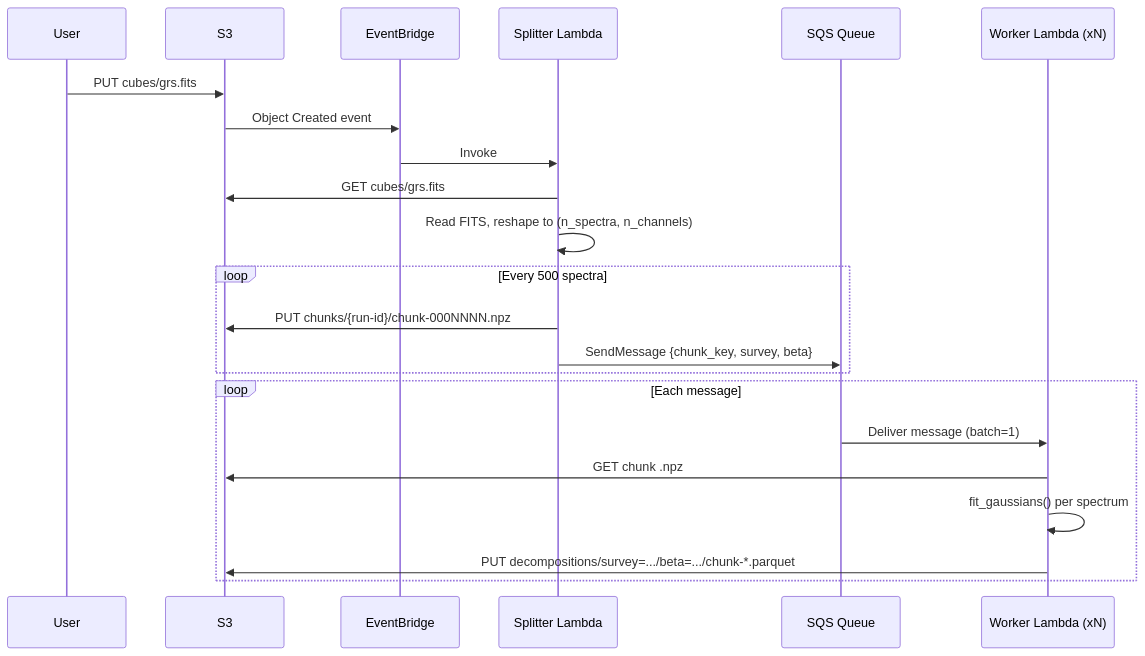
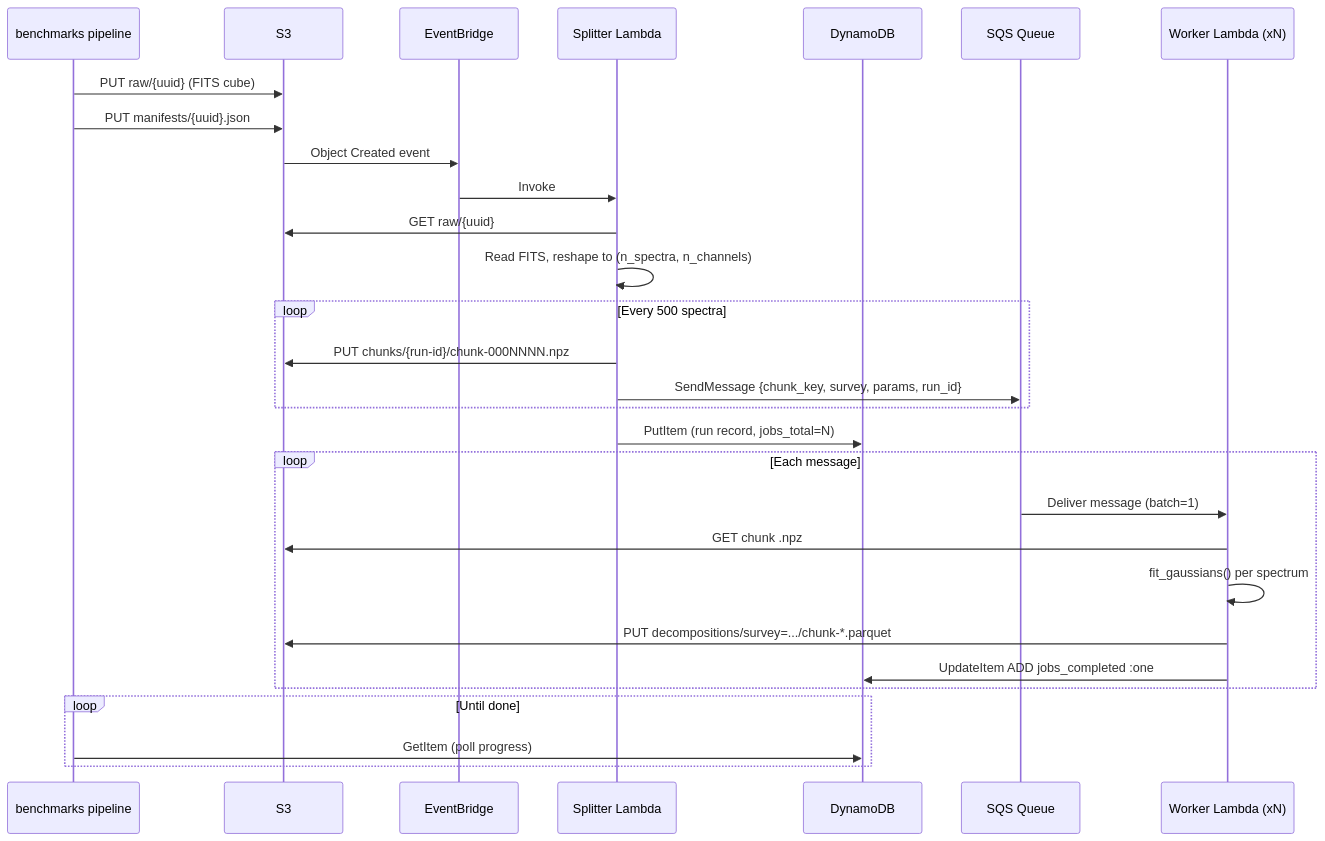
The second of 3 diagrams in packages/docs/docs/infrastructure/aws-pipeline.md (caverac/phspectra), drawn with Mermaid before and after one commit. The commit also changed other lines of this file and 32 other files, not shown here.

````diff
--- a/packages/docs/docs/infrastructure/aws-pipeline.md
+++ b/packages/docs/docs/infrastructure/aws-pipeline.md
@@ -185,27 +223,36 @@
 ```mermaid
 sequenceDiagram
-    participant U as User
+    participant CLI as benchmarks pipeline
     participant S3 as S3
     participant EB as EventBridge
     participant Sp as Splitter Lambda
+    participant DDB as DynamoDB
     participant Q as SQS Queue
     participant W as Worker Lambda (xN)
 
-    U->>S3: PUT cubes/grs.fits
+    CLI->>S3: PUT raw/{uuid} (FITS cube)
+    CLI->>S3: PUT manifests/{uuid}.json
     S3->>EB: Object Created event
     EB->>Sp: Invoke
-    Sp->>S3: GET cubes/grs.fits
+    Sp->>S3: GET raw/{uuid}
     Sp->>Sp: Read FITS, reshape to (n_spectra, n_channels)
 
     loop Every 500 spectra
         Sp->>S3: PUT chunks/{run-id}/chunk-000NNNN.npz
-        Sp->>Q: SendMessage {chunk_key, survey, beta}
+        Sp->>Q: SendMessage {chunk_key, survey, params, run_id}
     end
+
+    Sp->>DDB: PutItem (run record, jobs_total=N)
 
     loop Each message
         Q->>W: Deliver message (batch=1)
         W->>S3: GET chunk .npz
         W->>W: fit_gaussians() per spectrum
-        W->>S3: PUT decompositions/survey=.../beta=.../chunk-*.parquet
+        W->>S3: PUT decompositions/survey=.../chunk-*.parquet
+        W->>DDB: UpdateItem ADD jobs_completed :one
+    end
+
+    loop Until done
+        CLI->>DDB: GetItem (poll progress)
     end
 ```
````
